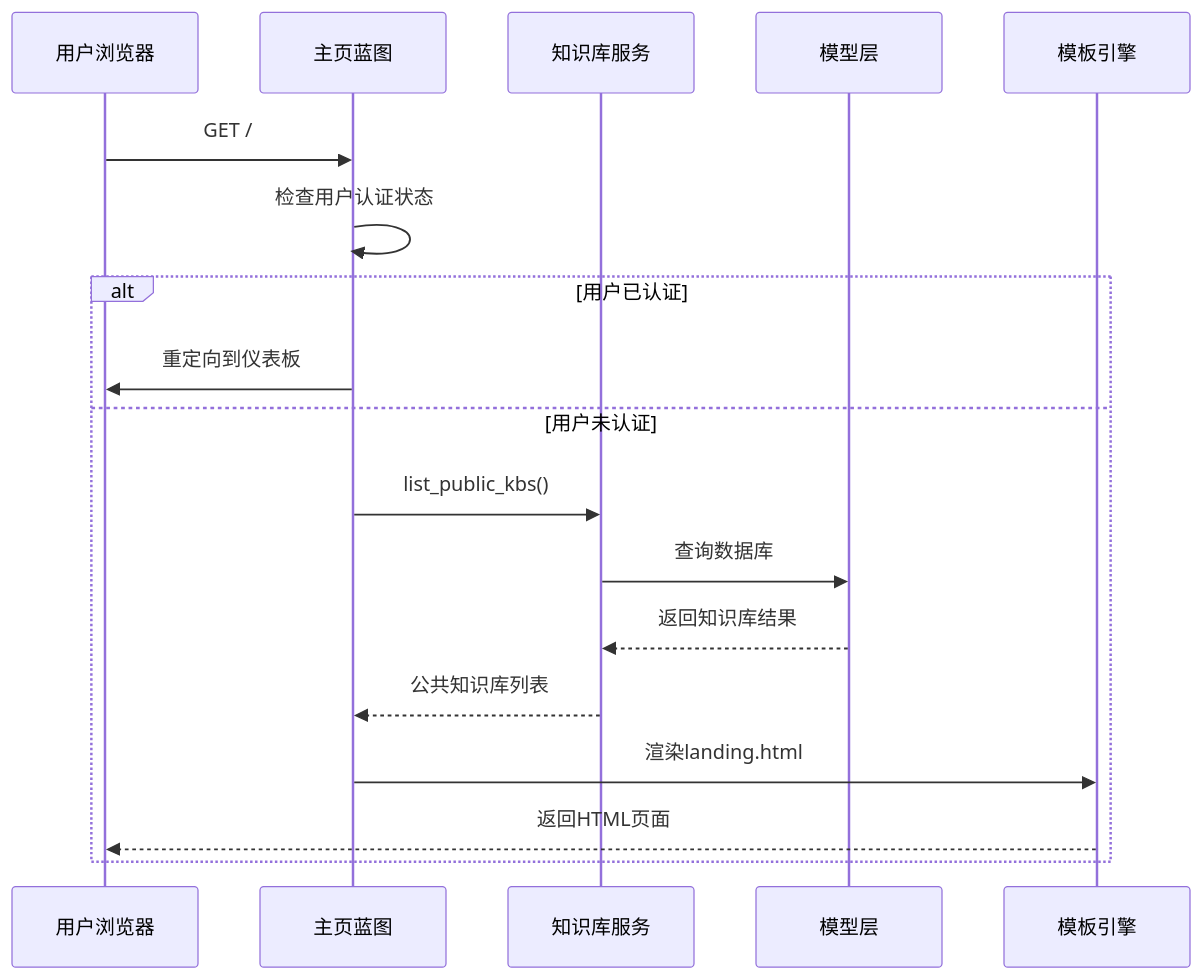
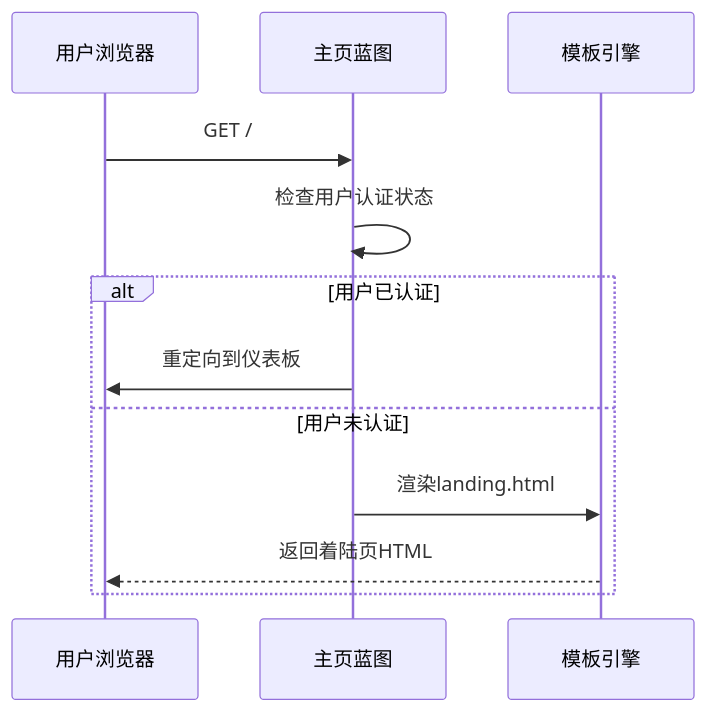
The second of 7 diagrams in .qoder/repowiki/zh/content/架构设计/蓝图系统设计/主页蓝图 (Main Blueprint).md (beyondalbert/my_wiki), drawn with Mermaid before and after one commit. The commit also changed other lines of this file and 5 other files, not shown here.

````diff
--- a/.qoder/repowiki/zh/content/架构设计/蓝图系统设计/主页蓝图 (Main Blueprint).md
+++ b/.qoder/repowiki/zh/content/架构设计/蓝图系统设计/主页蓝图 (Main Blueprint).md
@@ -95,20 +111,14 @@
 ```mermaid
 sequenceDiagram
 participant U as 用户浏览器
 participant BP as 主页蓝图
-participant S as 知识库服务
-participant M as 模型层
 participant T as 模板引擎
 U->>BP : GET /
 BP->>BP : 检查用户认证状态
 alt 用户已认证
 BP->>U : 重定向到仪表板
 else 用户未认证
-BP->>S : list_public_kbs()
-S->>M : 查询数据库
-M-->>S : 返回知识库结果
-S-->>BP : 公共知识库列表
 BP->>T : 渲染landing.html
-T-->>U : 返回HTML页面
+T-->>U : 返回着陆页HTML
 end
 ```
````
